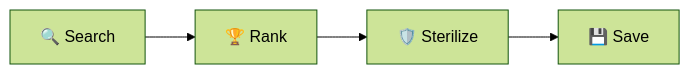
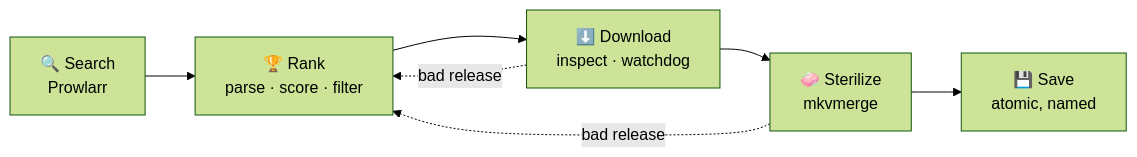
One commit to Benzo-Fury/Findr changed the diagram in README.md. Above: the diagram before and after it, drawn with Mermaid (forest theme). The commit also changed other lines of this file and 4 other files, not shown here.

````diff
--- a/README.md
+++ b/README.md
@@ -39,6 +40,9 @@
 ```mermaid
 graph LR
-    A["🔍 Search"] --> B["🏆 Rank"]
-    B --> C["🛡️ Sterilize"]
-    C --> D["💾 Save"]
+    A["🔍 Search<br/>Prowlarr"] --> B["🏆 Rank<br/>parse · score · filter"]
+    B --> C["⬇️ Download<br/>inspect · watchdog"]
+    C --> D["🧼 Sterilize<br/>mkvmerge"]
+    D --> E["💾 Save<br/>atomic, named"]
+    C -. "bad release" .-> B
+    D -. "bad release" .-> B
 ```
````
